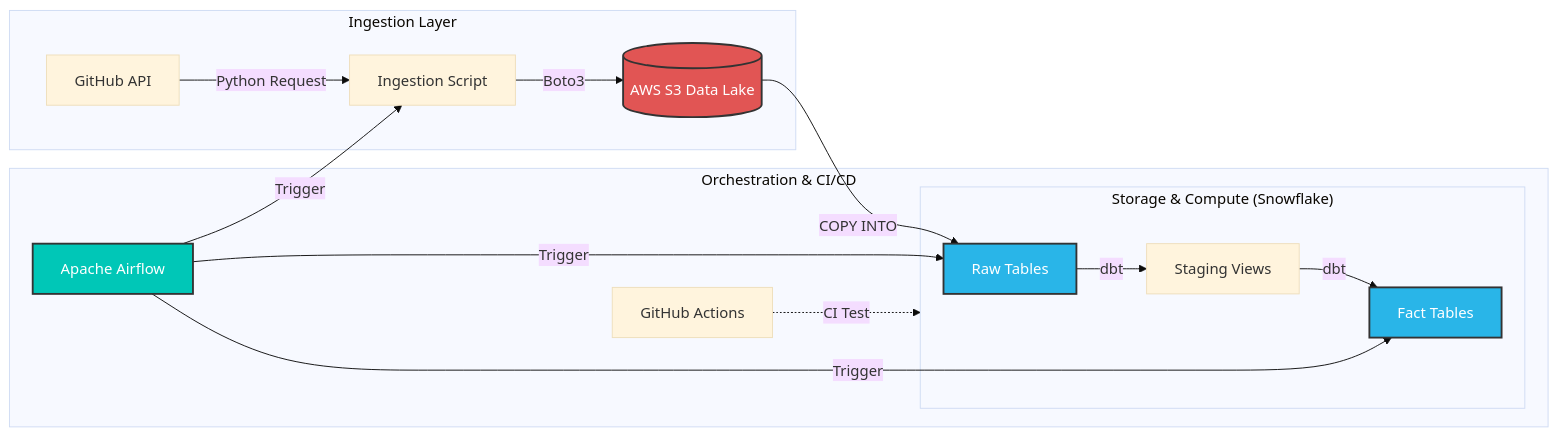
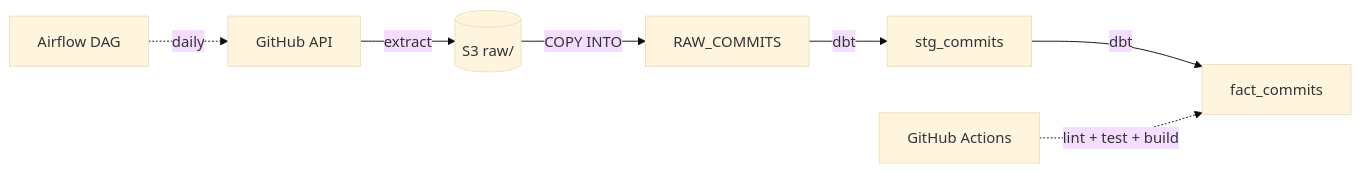
One commit to Suhasrv2403/Github_commits_pipeline changed the diagram in README.md. Above: the diagram before and after it, drawn with Mermaid (base theme). The commit also changed other lines of this file and 2 other files, not shown here.

````diff
--- a/README.md
+++ b/README.md
@@ -19,26 +33,9 @@
 ```mermaid
 graph LR
-    subgraph Ingestion ["Ingestion Layer"]
-        API[GitHub API] -->|Python Request| Local[Ingestion Script]
-        Local -->|Boto3| S3[(AWS S3 Data Lake)]
-    end
-
-    subgraph Warehouse ["Storage & Compute (Snowflake)"]
-        S3 -->|COPY INTO| Raw[Raw Tables]
-        Raw -->|dbt| Stg[Staging Views]
-        Stg -->|dbt| Fact[Fact Tables]
-    end
-
-    subgraph Orchestration ["Orchestration & CI/CD"]
-        Airflow[Apache Airflow] -->|Trigger| Local
-        Airflow -->|Trigger| Raw
-        Airflow -->|Trigger| Fact
-        GitHub[GitHub Actions] -.->|CI Test| Warehouse
-    end
-
-    style S3 fill:#E15554,stroke:#333,stroke-width:2px,color:white
-    style Raw fill:#29b5e8,stroke:#333,stroke-width:2px,color:white
-    style Fact fill:#29b5e8,stroke:#333,stroke-width:2px,color:white
-    style Airflow fill:#00C7B7,stroke:#333,stroke-width:2px,color:white
-
+    API[GitHub API] -->|extract| S3[(S3 raw/)]
+    S3 -->|COPY INTO| Raw[RAW_COMMITS]
+    Raw -->|dbt| Stg[stg_commits]
+    Stg -->|dbt| Fact[fact_commits]
+    Airflow[Airflow DAG] -.daily.-> API
+    CI[GitHub Actions] -.lint + test + build.-> Fact
 ```
````
